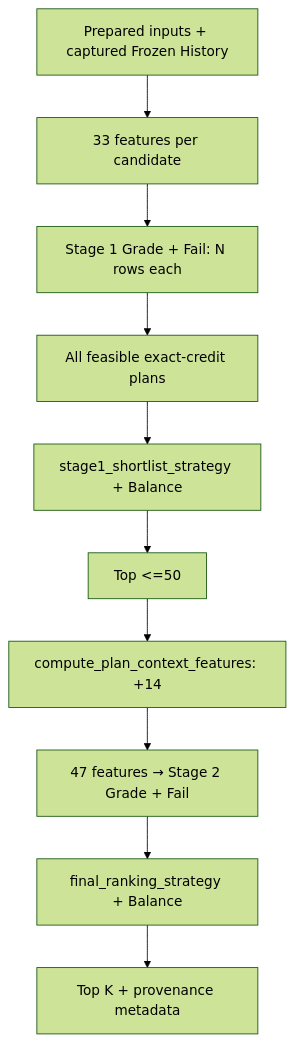
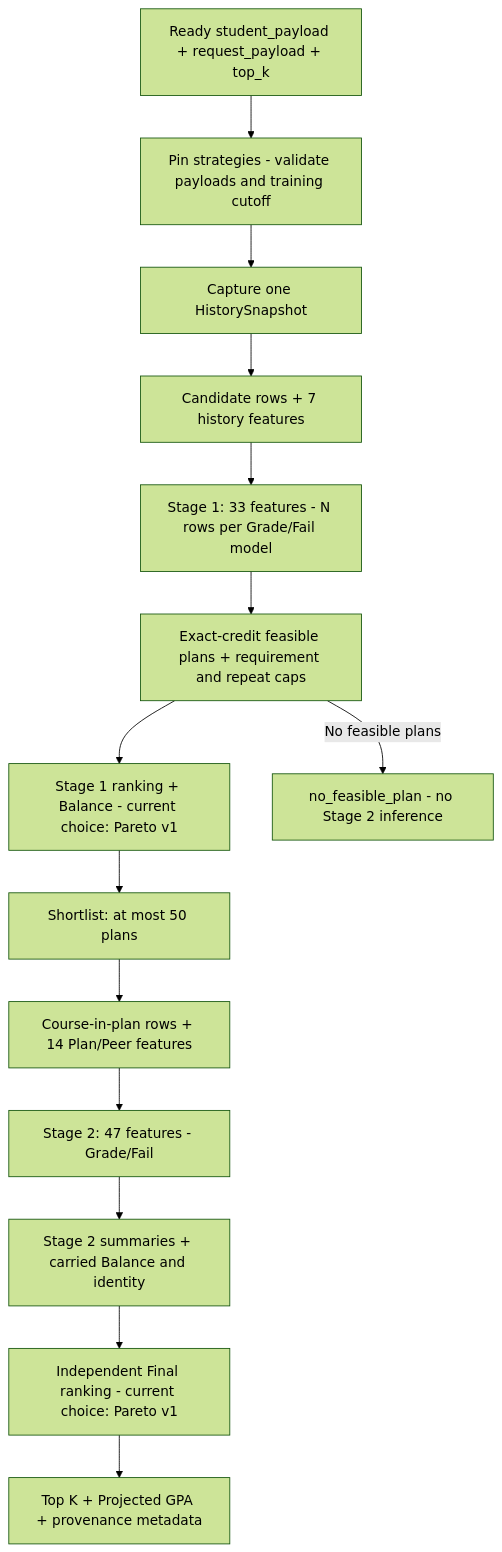
One commit to ShrkoXIII/Academic_Advisor_Simple changed the diagram in plan_explanation/PHASE_05_TWO_STAGE_INTEGRATION_VALIDATION.md. Above: the diagram before and after it, drawn with Mermaid (forest theme). The commit also changed other lines of this file and 137 other files, not shown here.

````diff
--- a/plan_explanation/PHASE_05_TWO_STAGE_INTEGRATION_VALIDATION.md
+++ b/plan_explanation/PHASE_05_TWO_STAGE_INTEGRATION_VALIDATION.md
@@ -63,12 +54,16 @@
 ```mermaid
 flowchart TD
-    A["Prepared inputs + captured Frozen History"] --> B["33 features per candidate"]
-    B --> C["Stage 1 Grade + Fail: N rows each"]
-    C --> D["All feasible exact-credit plans"]
-    D --> E["stage1_shortlist_strategy + Balance"]
-    E --> F["Top <=50"]
-    F --> G["compute_plan_context_features: +14"]
-    G --> H["47 features → Stage 2 Grade + Fail"]
-    H --> I["final_ranking_strategy + Balance"]
-    I --> J["Top K + provenance metadata"]
+    A["Ready student_payload + request_payload + top_k"] --> V["Pin strategies - validate payloads and training cutoff"]
+    V --> H["Capture one HistorySnapshot"]
+    H --> C["Candidate rows + 7 history features"]
+    C --> S1["Stage 1: 33 features - N rows per Grade/Fail model"]
+    S1 --> P["Exact-credit feasible plans + requirement and repeat caps"]
+    P --> R1["Stage 1 ranking + Balance - current choice: Pareto v1"]
+    R1 --> L["Shortlist: at most 50 plans"]
+    L --> X["Course-in-plan rows + 14 Plan/Peer features"]
+    X --> S2["Stage 2: 47 features - Grade/Fail"]
+    S2 --> M["Stage 2 summaries + carried Balance and identity"]
+    M --> R2["Independent Final ranking - current choice: Pareto v1"]
+    R2 --> O["Top K + Projected GPA + provenance metadata"]
+    P -->|"No feasible plans"| E["no_feasible_plan - no Stage 2 inference"]
 ```
````
